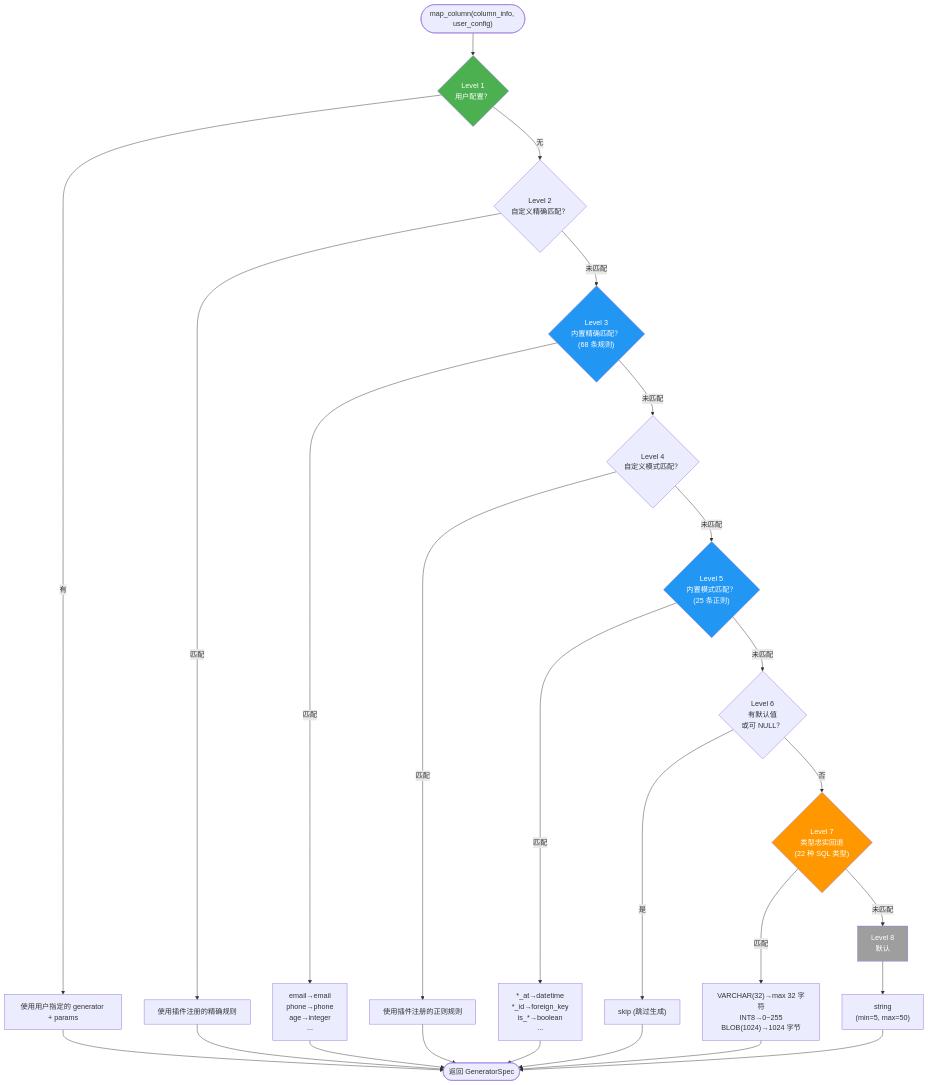
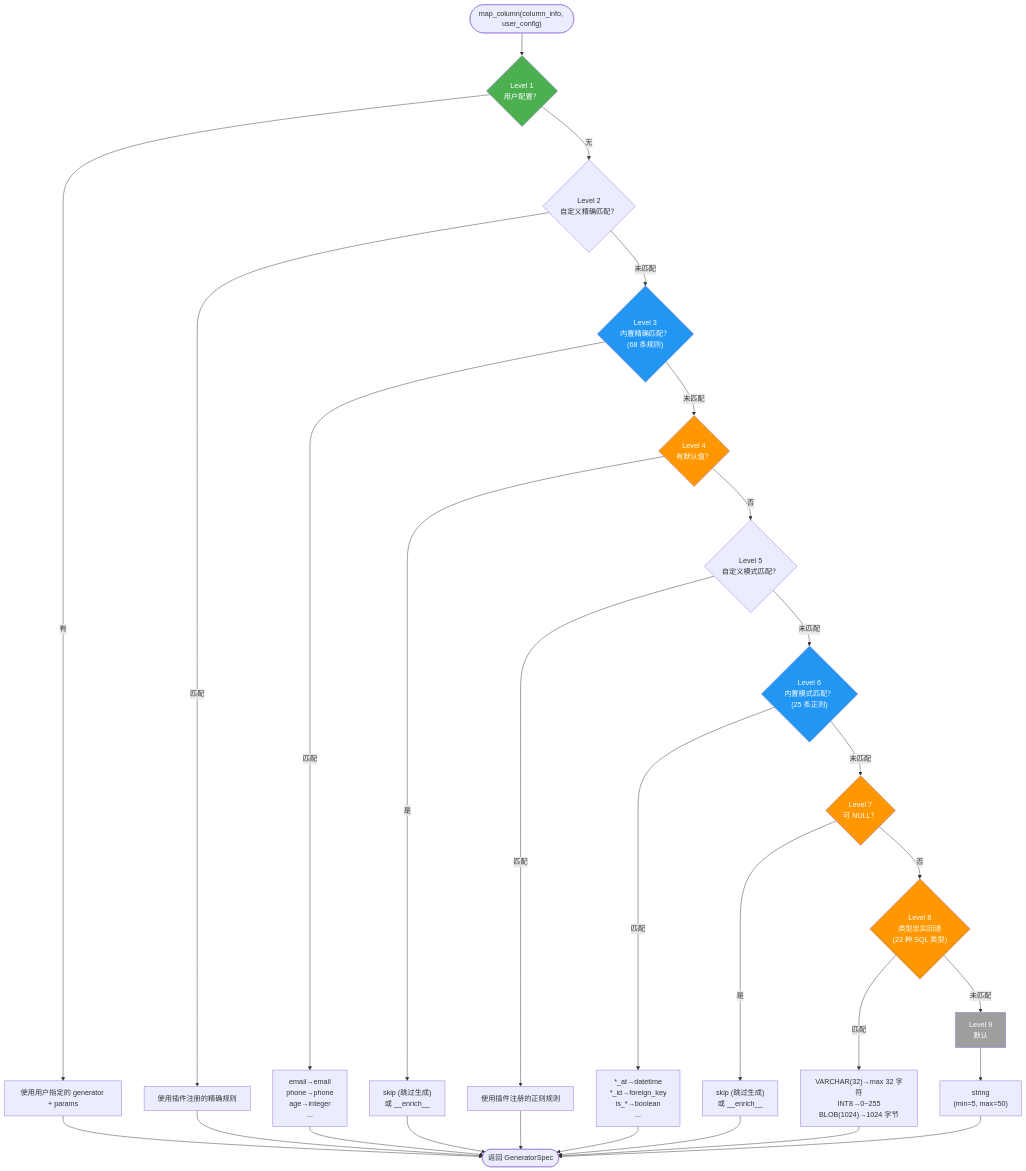
One commit to sunbos/sqlseed changed the third of 10 diagrams in docs/architecture.md. Above: the diagram before and after it, drawn with Mermaid. The commit also changed other lines of this file and 4 other files, not shown here.

````diff
--- a/docs/architecture.md
+++ b/docs/architecture.md
@@ -188,42 +188,48 @@
 ```mermaid
 flowchart TD
     Start(["map_column(column_info, user_config)"]) --> L1
 
     L1{"Level 1<br/>用户配置？"} -->|有| R1["使用用户指定的 generator + params"]
     L1 -->|无| L2
 
     L2{"Level 2<br/>自定义精确匹配？"} -->|匹配| R2["使用插件注册的精确规则"]
     L2 -->|未匹配| L3
 
     L3{"Level 3<br/>内置精确匹配？<br/>(68 条规则)"} -->|匹配| R3["email→email<br/>phone→phone<br/>age→integer<br/>..."]
     L3 -->|未匹配| L4
 
-    L4{"Level 4<br/>自定义模式匹配？"} -->|匹配| R4["使用插件注册的正则规则"]
-    L4 -->|未匹配| L5
+    L4{"Level 4<br/>有默认值？"} -->|是| R4["skip (跳过生成)<br/>或 __enrich__"]
+    L4 -->|否| L5
 
-    L5{"Level 5<br/>内置模式匹配？<br/>(25 条正则)"} -->|匹配| R5["*_at→datetime<br/>*_id→foreign_key<br/>is_*→boolean<br/>..."]
+    L5{"Level 5<br/>自定义模式匹配？"} -->|匹配| R5["使用插件注册的正则规则"]
     L5 -->|未匹配| L6
 
-    L6{"Level 6<br/>有默认值<br/>或可 NULL？"} -->|是| R6["skip (跳过生成)"]
-    L6 -->|否| L7
+    L6{"Level 6<br/>内置模式匹配？<br/>(25 条正则)"} -->|匹配| R6["*_at→datetime<br/>*_id→foreign_key<br/>is_*→boolean<br/>..."]
+    L6 -->|未匹配| L7
 
-    L7{"Level 7<br/>类型忠实回退<br/>(22 种 SQL 类型)"} -->|匹配| R7["VARCHAR(32)→max 32 字符<br/>INT8→0~255<br/>BLOB(1024)→1024 字节"]
-    L7 -->|未匹配| L8
+    L7{"Level 7<br/>可 NULL？"} -->|是| R7["skip (跳过生成)<br/>或 __enrich__"]
+    L7 -->|否| L8
 
-    L8["Level 8<br/>默认"] --> R8["string<br/>(min=5, max=50)"]
+    L8{"Level 8<br/>类型忠实回退<br/>(22 种 SQL 类型)"} -->|匹配| R8["VARCHAR(32)→max 32 字符<br/>INT8→0~255<br/>BLOB(1024)→1024 字节"]
+    L8 -->|未匹配| L9
+
+    L9["Level 9<br/>默认"] --> R9["string<br/>(min=5, max=50)"]
 
     R1 --> Done(["返回 GeneratorSpec"])
     R2 --> Done
     R3 --> Done
     R4 --> Done
     R5 --> Done
     R6 --> Done
     R7 --> Done
     R8 --> Done
+    R9 --> Done
 
     style L1 fill:#4CAF50,color:#fff
     style L3 fill:#2196F3,color:#fff
-    style L5 fill:#2196F3,color:#fff
+    style L4 fill:#FF9800,color:#fff
+    style L6 fill:#2196F3,color:#fff
     style L7 fill:#FF9800,color:#fff
-    style L8 fill:#9E9E9E,color:#fff
+    style L8 fill:#FF9800,color:#fff
+    style L9 fill:#9E9E9E,color:#fff
 ```
````
